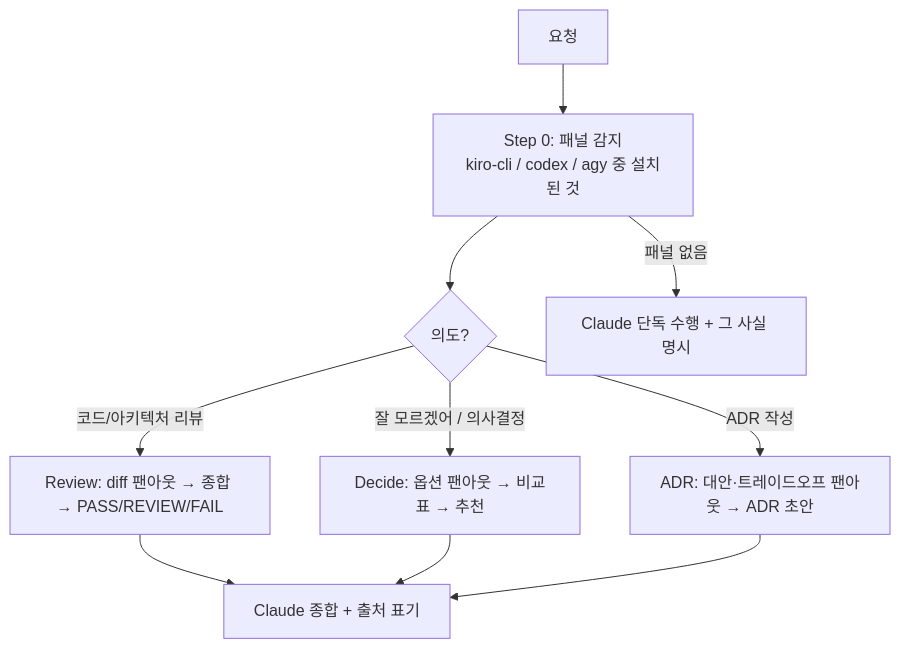
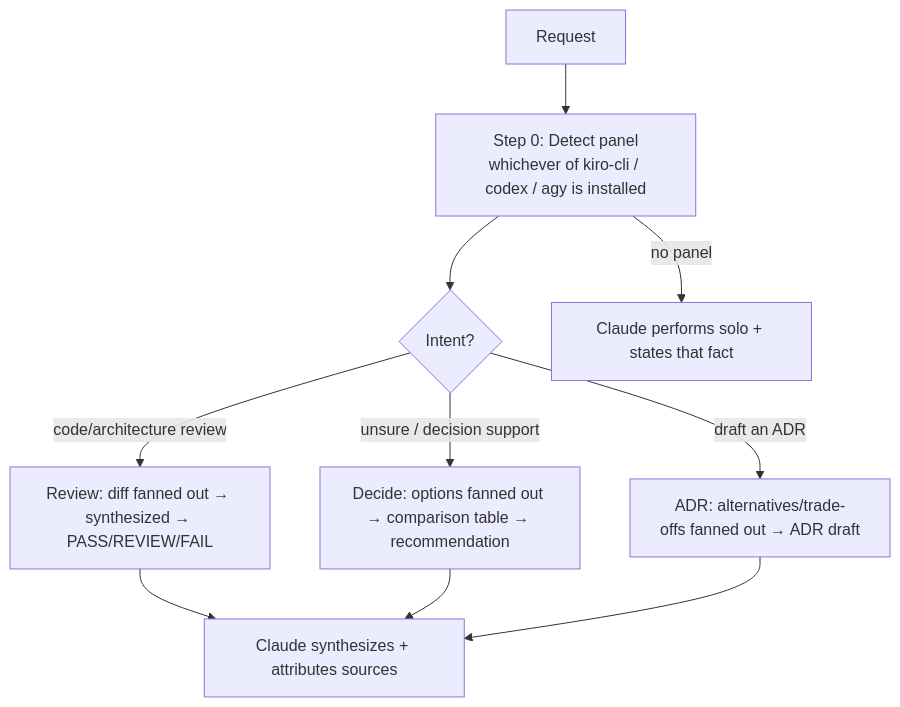
One commit to Atom-oh/oh-my-cloud-skills changed the diagram in plugins/co-agent/agents/co-agent.md. Above: the diagram before and after it, drawn with Mermaid. The commit also changed other lines of this file and 91 other files, not shown here.

````diff
--- a/plugins/co-agent/agents/co-agent.md
+++ b/plugins/co-agent/agents/co-agent.md
@@ -38,12 +38,12 @@
 ```mermaid
 graph TD
-    A[요청] --> P[Step 0: 패널 감지<br/>kiro-cli / codex / agy 중 설치된 것]
-    P --> B{의도?}
-    B -->|코드/아키텍처 리뷰| R[Review: diff 팬아웃 → 종합 → PASS/REVIEW/FAIL]
-    B -->|"잘 모르겠어" / 의사결정| D[Decide: 옵션 팬아웃 → 비교표 → 추천]
-    B -->|ADR 작성| ADR[ADR: 대안·트레이드오프 팬아웃 → ADR 초안]
-    R --> S[Claude 종합 + 출처 표기]
+    A[Request] --> P[Step 0: Detect panel<br/>whichever of kiro-cli / codex / agy is installed]
+    P --> B{Intent?}
+    B -->|code/architecture review| R[Review: diff fanned out → synthesized → PASS/REVIEW/FAIL]
+    B -->|"unsure" / decision support| D[Decide: options fanned out → comparison table → recommendation]
+    B -->|draft an ADR| ADR[ADR: alternatives/trade-offs fanned out → ADR draft]
+    R --> S[Claude synthesizes + attributes sources]
     D --> S
     ADR --> S
-    P -->|패널 없음| SOLO[Claude 단독 수행 + 그 사실 명시]
+    P -->|no panel| SOLO[Claude performs solo + states that fact]
 ```
````
